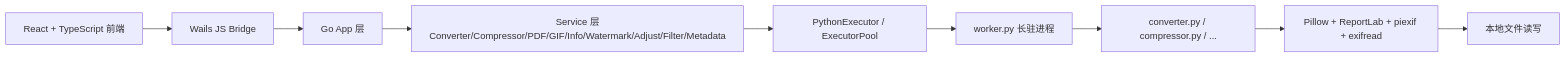
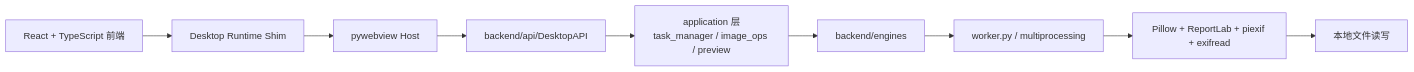
One commit to lllll081926i/Imageflow changed the first of 2 diagrams in README.md. Above: the diagram before and after it, drawn with Mermaid. The commit also changed other lines of this file and 148 other files, not shown here.

````diff
--- a/README.md
+++ b/README.md
@@ -40,11 +42,11 @@
 ```mermaid
 flowchart LR
-    UI[React + TypeScript 前端] --> Bridge[Wails JS Bridge]
-    Bridge --> App[Go App 层]
-    App --> Services[Service 层<br/>Converter/Compressor/PDF/GIF/Info/Watermark/Adjust/Filter/Metadata]
-    Services --> Runner[PythonExecutor / ExecutorPool]
-    Runner --> Worker[worker.py 长驻进程]
-    Worker --> Scripts[converter.py / compressor.py / ...]
-    Scripts --> Libs[Pillow + ReportLab + piexif + exifread]
+    UI[React + TypeScript 前端] --> Bridge[Desktop Runtime Shim]
+    Bridge --> Host[pywebview Host]
+    Host --> API[backend/api/DesktopAPI]
+    API --> App[application 层<br/>task_manager / image_ops / preview]
+    App --> Engines[backend/engines]
+    Engines --> Worker[worker.py / multiprocessing]
+    Worker --> Libs[Pillow + ReportLab + piexif + exifread]
     Libs --> IO[本地文件读写]
 ```
````
